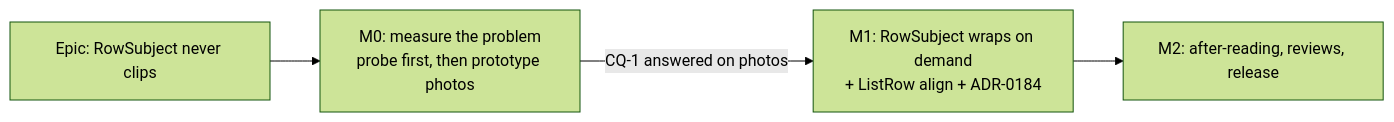
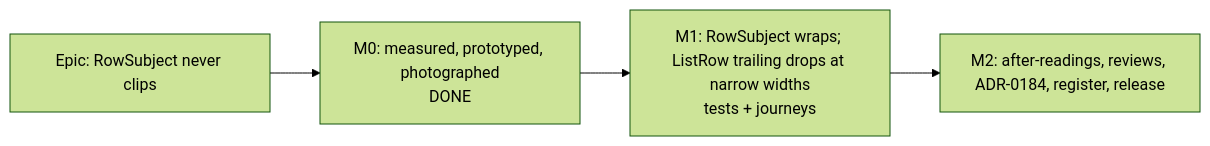
Before and after one commit to HuttonHomeHub/SchedulePoint_1: the diagram in docs/specs/row-subject-truncation/implementation-plan.md, drawn with Mermaid (forest theme). The commit also changed other lines of this file and 1 other file, not shown here.

First line of the commit message:
docs(docs): approve the row-subject spec after the M0 photographs (#472)

````diff
--- a/docs/specs/row-subject-truncation/implementation-plan.md
+++ b/docs/specs/row-subject-truncation/implementation-plan.md
@@ -9,6 +9,6 @@
 ```mermaid
 flowchart LR
-  E[Epic: RowSubject never clips] --> M0[M0: measure the problem<br/>probe first, then prototype photos]
-  M0 -->|CQ-1 answered on photos| M1[M1: RowSubject wraps on demand<br/>+ ListRow align + ADR-0184]
-  M1 --> M2[M2: after-reading, reviews, release]
+  E[Epic: RowSubject never clips] --> M0[M0: measured, prototyped, photographed<br/>DONE]
+  M0 --> M1[M1: RowSubject wraps; ListRow trailing drops at narrow widths<br/>tests + journeys]
+  M1 --> M2[M2: after-readings, reviews, ADR-0184, register, release]
 ```
````
